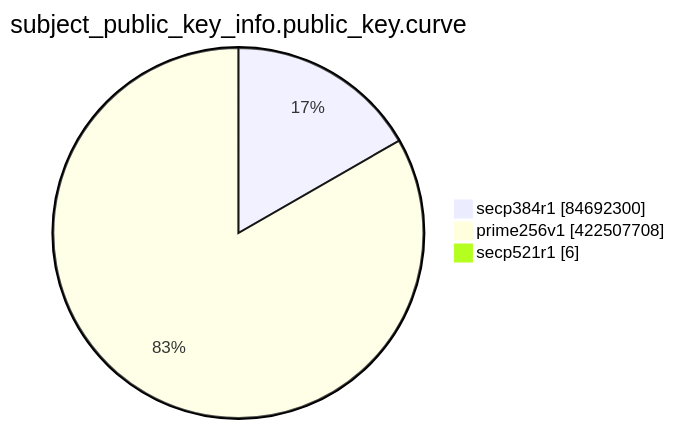
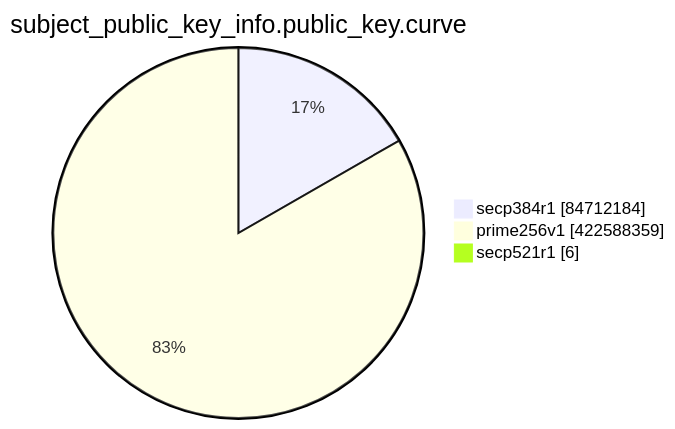
One commit to christiankrug/ctmonitor_visualization changed the eighth of 15 diagrams in TOTAL/README.md. Above: the diagram before and after it, drawn with Mermaid. The commit also changed other lines of this file, not shown here.

````diff
--- a/TOTAL/README.md
+++ b/TOTAL/README.md
@@ -3099,7 +3099,7 @@
 ```mermaid
 pie showData
 title subject_public_key_info.public_key.curve
-"secp384r1" :84692300
-"prime256v1" :422507708
+"secp384r1" :84712184
+"prime256v1" :422588359
 "secp521r1" :6
 ```
````
